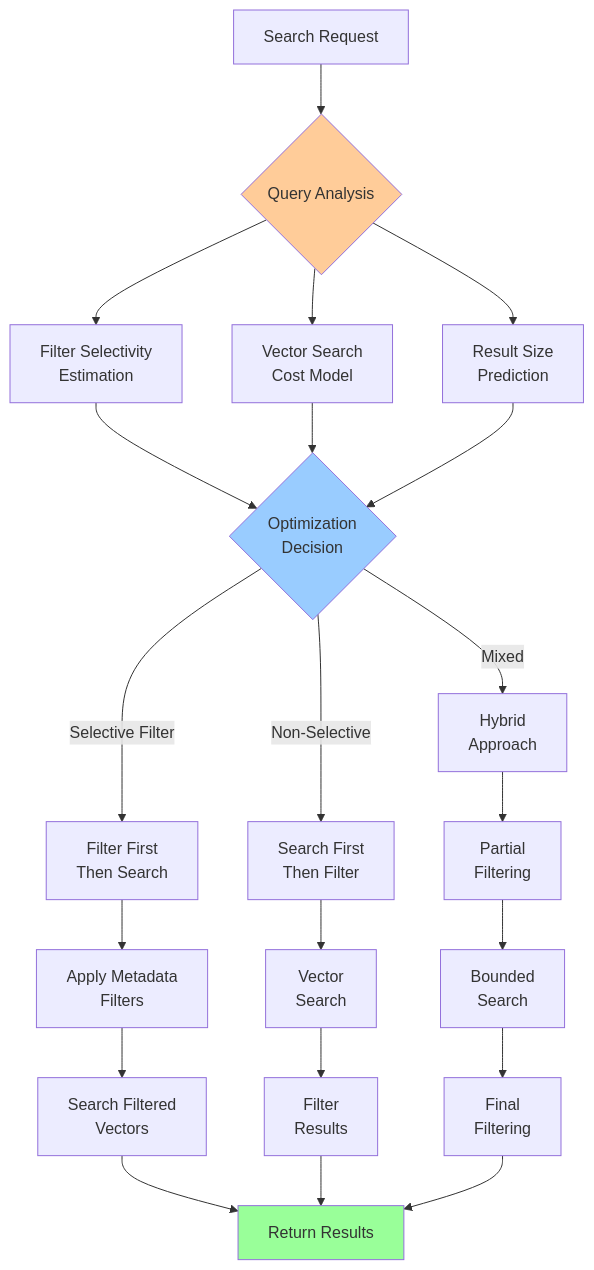
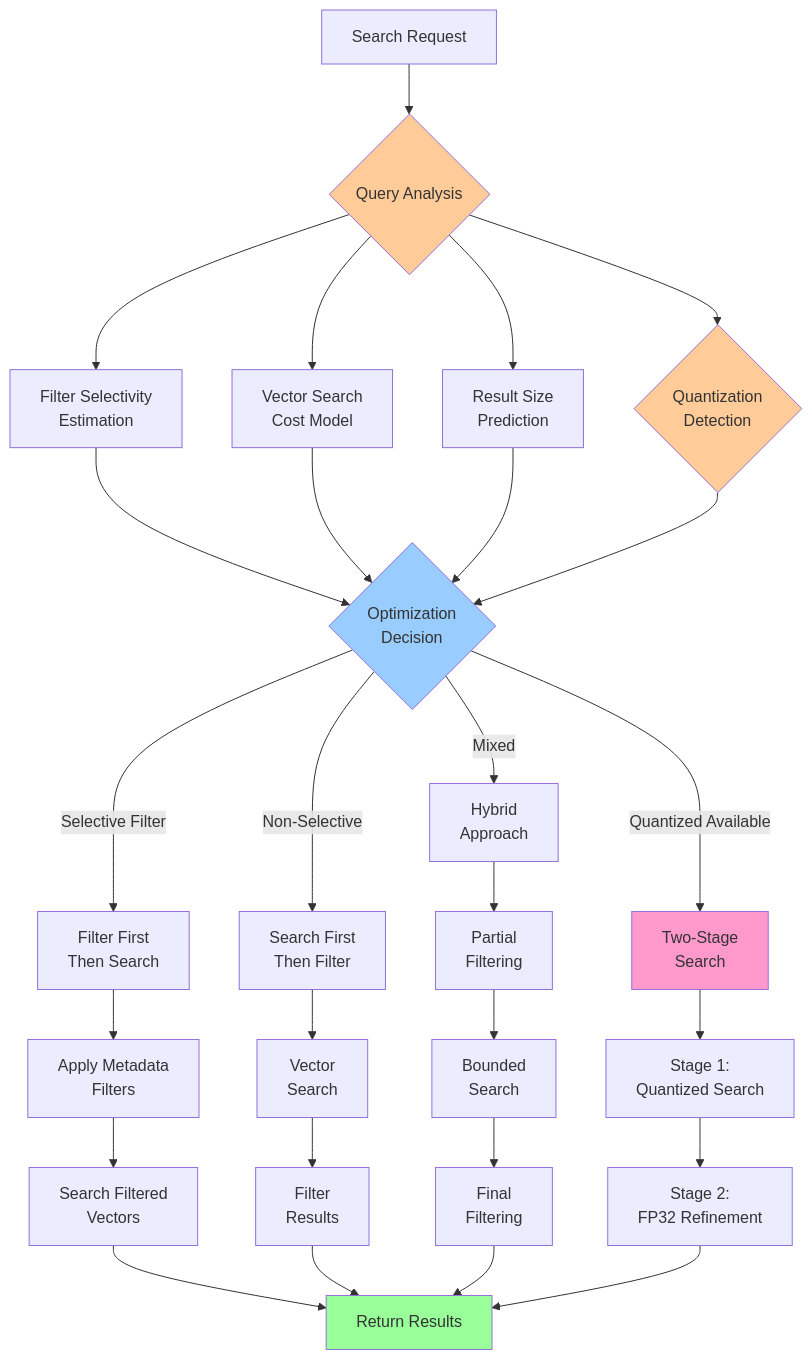
Before and after one commit to vjsingh1984/proximaDB: the diagram in docs/diagrams/search-optimization-flow.mmd, drawn with Mermaid. The commit also changed 382 other files, not shown here.

First line of the commit message:
docs: streamline documentation structure and fix all diagram references

```diff
--- a/docs/diagrams/search-optimization-flow.mmd
+++ b/docs/diagrams/search-optimization-flow.mmd
@@ -1,32 +1,41 @@
 graph TD
     A[Search Request] --> B{Query Analysis}
     
     B --> C[Filter Selectivity<br/>Estimation]
     B --> D[Vector Search<br/>Cost Model]
     B --> E[Result Size<br/>Prediction]
+    B --> Q1{Quantization<br/>Detection}
     
     C --> F{Optimization<br/>Decision}
     D --> F
     E --> F
+    Q1 --> F
     
     F -->|Selective Filter| G[Filter First<br/>Then Search]
     F -->|Non-Selective| H[Search First<br/>Then Filter]
     F -->|Mixed| I[Hybrid<br/>Approach]
+    F -->|Quantized Available| TS[Two-Stage<br/>Search]
     
     G --> J[Apply Metadata<br/>Filters]
     J --> K[Search Filtered<br/>Vectors]
     
     H --> L[Vector<br/>Search]
     L --> M[Filter<br/>Results]
     
     I --> N[Partial<br/>Filtering]
     N --> O[Bounded<br/>Search]
     O --> P[Final<br/>Filtering]
     
+    TS --> TS1[Stage 1:<br/>Quantized Search]
+    TS1 --> TS2[Stage 2:<br/>FP32 Refinement]
+    
     K --> Q[Return Results]
     M --> Q
     P --> Q
+    TS2 --> Q
     
     style B fill:#ffcc99
     style F fill:#99ccff
     style Q fill:#99ff99
+    style TS fill:#ff99cc
+    style Q1 fill:#ffcc99
```
